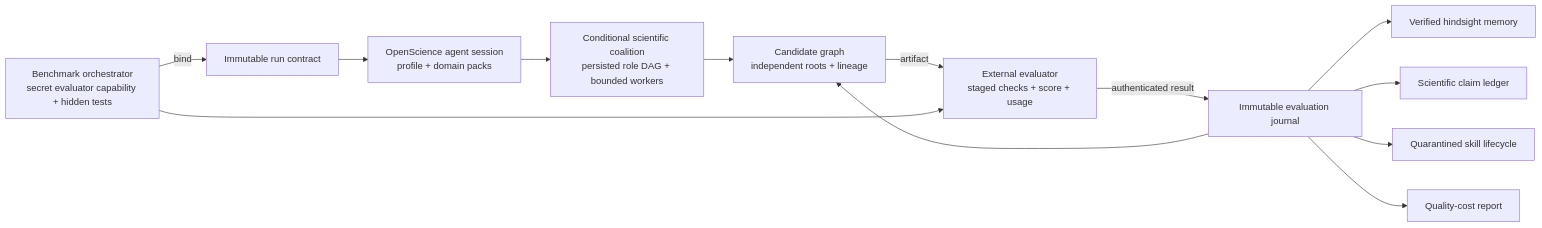
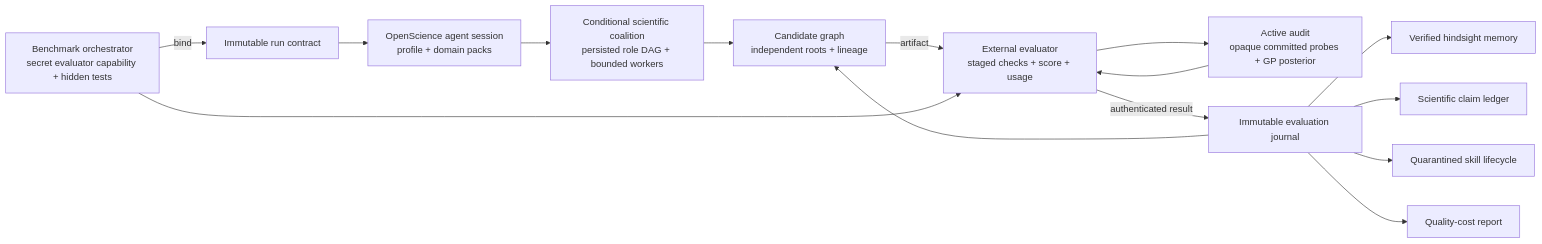
Before and after one commit to synthetic-sciences/openscience: the diagram in docs/HARNESS.md, drawn with Mermaid. The commit also changed other lines of this file and 9 other files, not shown here.

````diff
--- a/docs/HARNESS.md
+++ b/docs/HARNESS.md
@@ -21,27 +22,30 @@
 ```mermaid
 flowchart LR
     O["Benchmark orchestrator\nsecret evaluator capability + hidden tests"]
     C["Immutable run contract"]
     A["OpenScience agent session\nprofile + domain packs"]
     Q["Conditional scientific coalition\npersisted role DAG + bounded workers"]
     G["Candidate graph\nindependent roots + lineage"]
     E["External evaluator\nstaged checks + score + usage"]
+    U["Active audit\nopaque committed probes + GP posterior"]
     J["Immutable evaluation journal"]
     M["Verified hindsight memory"]
     K["Scientific claim ledger"]
     S["Quarantined skill lifecycle"]
     R["Quality-cost report"]
 
     O -->|bind| C
     C --> A
     A --> Q
     Q --> G
     G -->|artifact| E
     O --> E
+    E --> U
+    U --> E
     E -->|authenticated result| J
     J --> G
     J --> M
     J --> K
     J --> S
     J --> R
 ```
````
